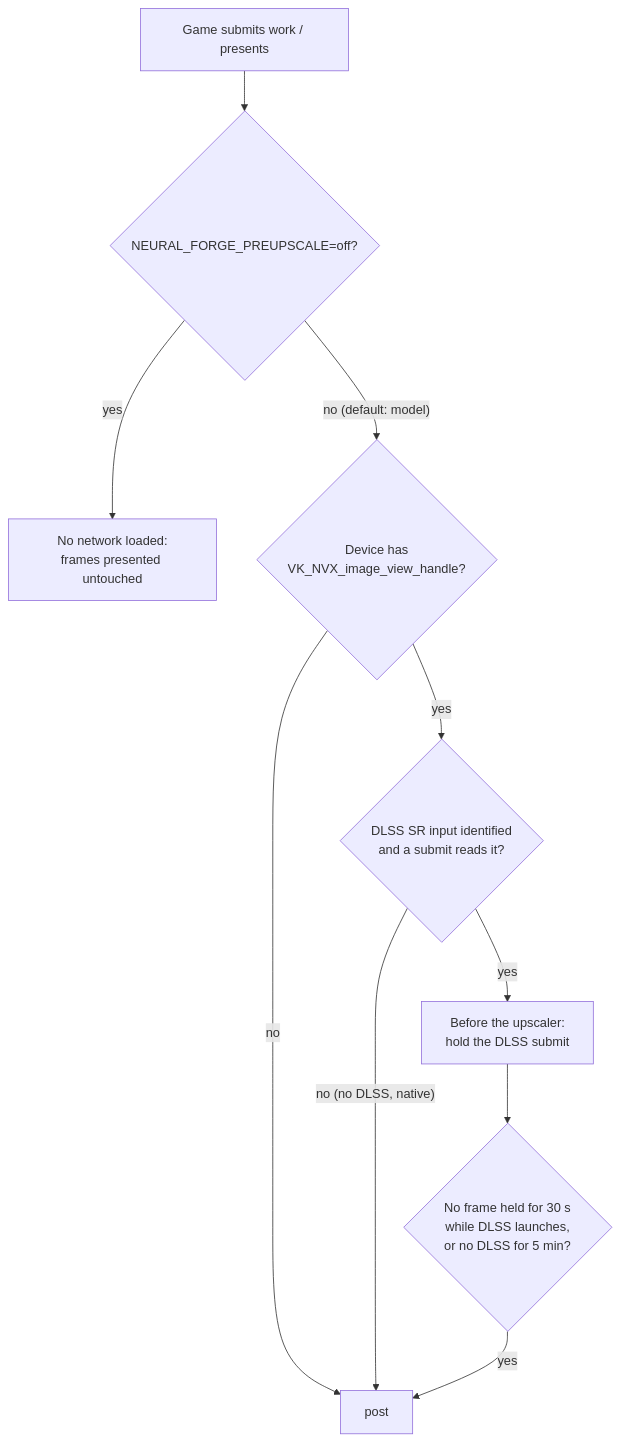
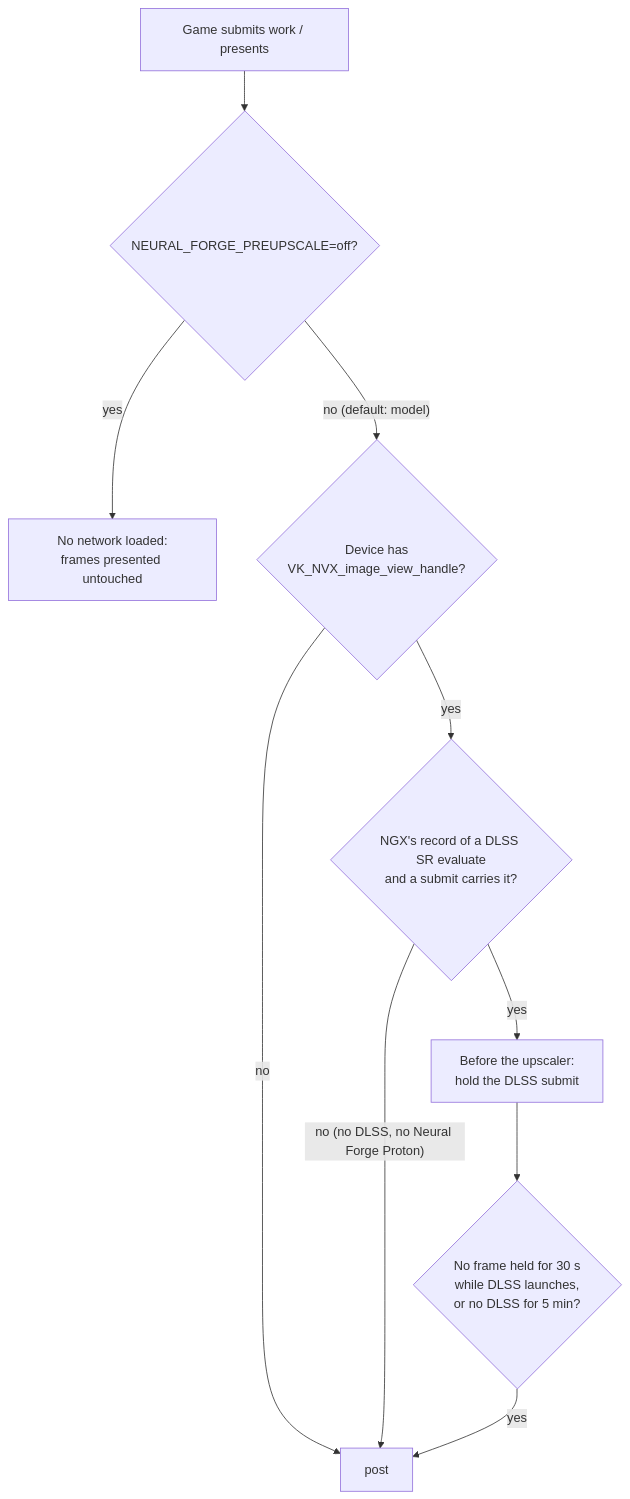
The second of 3 diagrams in docs/ARCHITECTURE.md (labj1987/neural-forge), drawn with Mermaid before and after one commit. The commit also changed other lines of this file and 5 other files, not shown here.

First line of the commit message:
docs: DLSS's evaluates from NGX's records only; the kernel rules are history

````diff
--- a/docs/ARCHITECTURE.md
+++ b/docs/ARCHITECTURE.md
@@ -217,12 +217,12 @@
 ```mermaid
 flowchart TD
     start["Game submits work / presents"] --> mode{"NEURAL_FORGE_PREUPSCALE=off?"}
     mode -- yes --> none["No network loaded:<br/>frames presented untouched"]
     mode -- "no (default: model)" --> nvx{"Device has<br/>VK_NVX_image_view_handle?"}
     nvx -- no --> post
-    nvx -- yes --> dlss{"DLSS SR input identified<br/>and a submit reads it?"}
-    dlss -- "no (no DLSS, native)" --> post
+    nvx -- yes --> dlss{"NGX's record of a DLSS SR evaluate<br/>and a submit carries it?"}
+    dlss -- "no (no DLSS, no Neural Forge Proton)" --> post
     dlss -- yes --> pre["Before the upscaler:<br/>hold the DLSS submit"]
     pre --> handback{"No frame held for 30 s<br/>while DLSS launches,<br/>or no DLSS for 5 min?"}
     handback -- yes --> post
 ```
````
